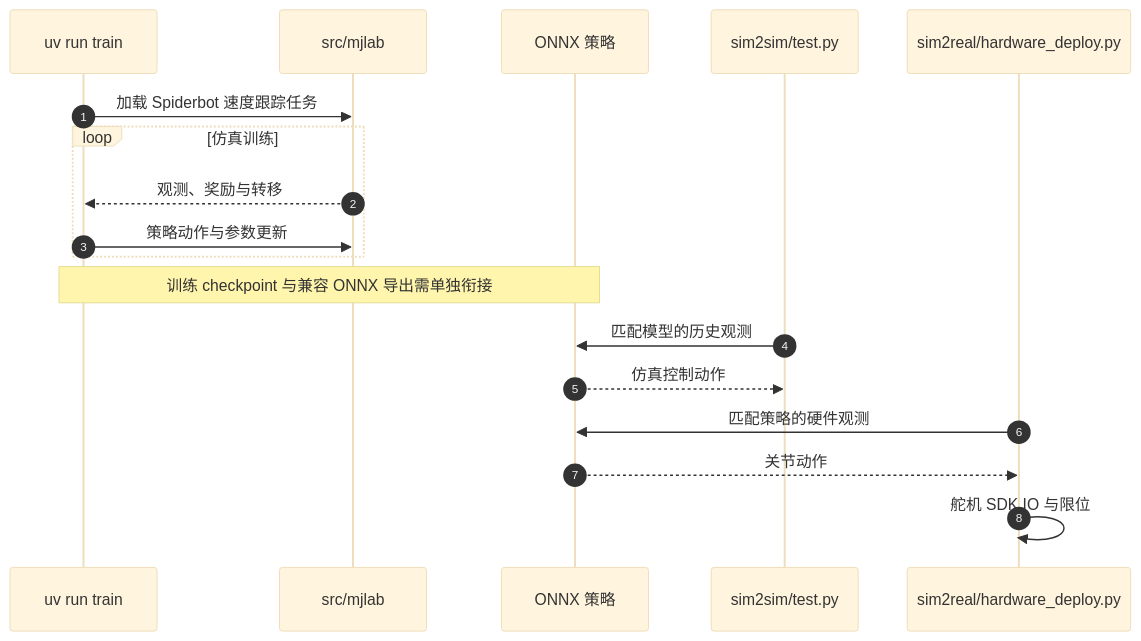
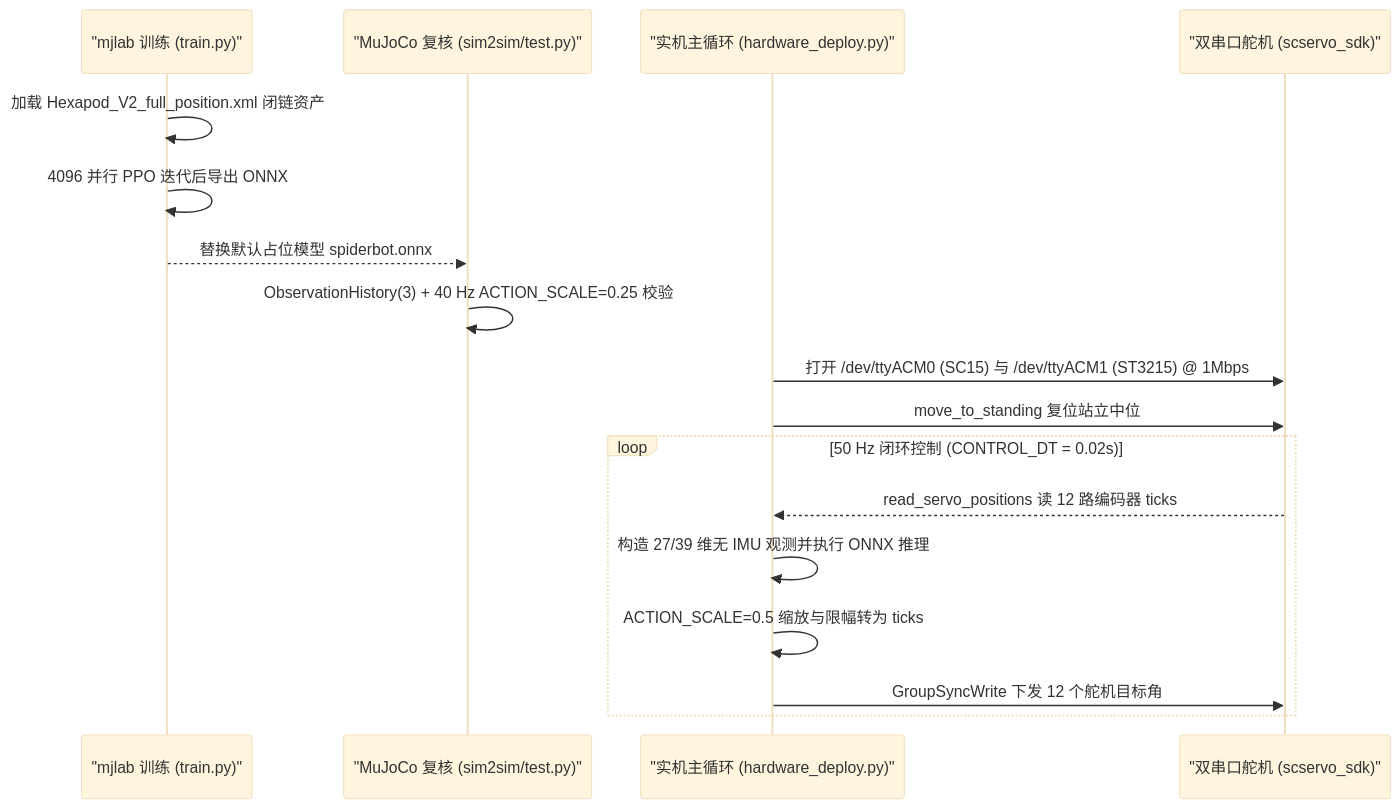
One commit to ImChong/Robotics_Notebooks changed the second of 2 diagrams in wiki/entities/paper-spiderbot-hexapod-open-source.md. Above: the diagram before and after it, drawn with Mermaid (base theme). The commit also changed other lines of this file and 151 other files, not shown here.

````diff
--- a/wiki/entities/paper-spiderbot-hexapod-open-source.md
+++ b/wiki/entities/paper-spiderbot-hexapod-open-source.md
@@ -73,20 +107,20 @@
 ```mermaid
 sequenceDiagram
-    autonumber
-    participant T as uv run train
-    participant E as src/mjlab
-    participant P as ONNX 策略
-    participant V as sim2sim/test.py
-    participant H as sim2real/hardware_deploy.py
-    T->>E: 加载 Spiderbot 速度跟踪任务
-    loop 仿真训练
-        E-->>T: 观测、奖励与转移
-        T->>E: 策略动作与参数更新
+    participant Train as "mjlab 训练 (train.py)"
+    participant Sim2Sim as "MuJoCo 复核 (sim2sim/test.py)"
+    participant Deploy as "实机主循环 (hardware_deploy.py)"
+    participant Bus as "双串口舵机 (scservo_sdk)"
+
+    Train->>Train: 加载 Hexapod_V2_full_position.xml 闭链资产
+    Train->>Train: 4096 并行 PPO 迭代后导出 ONNX
+    Train-->>Sim2Sim: 替换默认占位模型 spiderbot.onnx
+    Sim2Sim->>Sim2Sim: ObservationHistory(3) + 40 Hz ACTION_SCALE=0.25 校验
+    Deploy->>Bus: 打开 /dev/ttyACM0 (SC15) 与 /dev/ttyACM1 (ST3215) @ 1Mbps
+    Deploy->>Bus: move_to_standing 复位站立中位
+    loop 50 Hz 闭环控制 (CONTROL_DT = 0.02s)
+        Bus-->>Deploy: read_servo_positions 读 12 路编码器 ticks
+        Deploy->>Deploy: 构造 27/39 维无 IMU 观测并执行 ONNX 推理
+        Deploy->>Deploy: ACTION_SCALE=0.5 缩放与限幅转为 ticks
+        Deploy->>Bus: GroupSyncWrite 下发 12 个舵机目标角
     end
-    Note over T,P: 训练 checkpoint 与兼容 ONNX 导出需单独衔接
-    V->>P: 匹配模型的历史观测
-    P-->>V: 仿真控制动作
-    H->>P: 匹配策略的硬件观测
-    P-->>H: 关节动作
-    H->>H: 舵机 SDK IO 与限位
 ```
````
